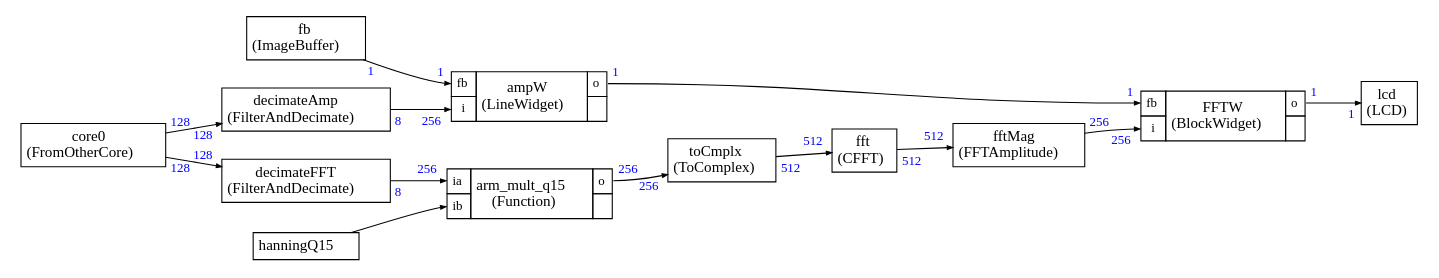
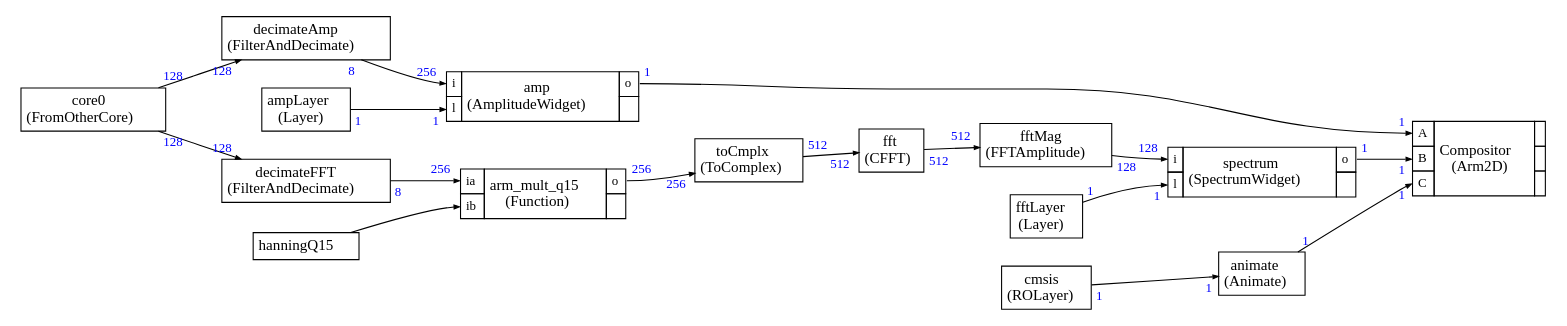
The diagram in Dot/pre_schedule_lcd_graph.dot (christophe0606/PicoMusic), drawn with Graphviz before and after one commit. The commit also changed 49 other files, not shown here.

```diff
--- a/Dot/pre_schedule_lcd_graph.dot
+++ b/Dot/pre_schedule_lcd_graph.dot
@@ -25,26 +25,19 @@
 </TABLE>>];
 
 
-ampW [label=<
+amp [label=<
 <TABLE color="black" bgcolor="none" BORDER="0" CELLBORDER="1" CELLSPACING="0" CELLPADDING="4">
   <TR>
-    <TD PORT="fb"><FONT POINT-SIZE="12.0" COLOR="black">fb</FONT></TD>
-    <TD ALIGN="CENTER" ROWSPAN="2"><FONT COLOR="black" POINT-SIZE="14.0">ampW<BR/>(LineWidget)</FONT></TD>
+    <TD PORT="i"><FONT POINT-SIZE="12.0" COLOR="black">i</FONT></TD>
+    <TD ALIGN="CENTER" ROWSPAN="2"><FONT COLOR="black" POINT-SIZE="14.0">amp<BR/>(AmplitudeWidget)</FONT></TD>
     <TD PORT="o"><FONT POINT-SIZE="12.0" COLOR="black">o</FONT></TD>
   </TR>
 <TR>
-<TD PORT="i"><FONT POINT-SIZE="12.0" COLOR="black">i</FONT></TD>
+<TD PORT="l"><FONT POINT-SIZE="12.0" COLOR="black">l</FONT></TD>
 
  
 <TD></TD></TR>
 
-</TABLE>>];
-
-fb [label=<
-<TABLE color="black" bgcolor="none" BORDER="0" CELLBORDER="1" CELLSPACING="0" CELLPADDING="4">
-  <TR>
-    <TD ALIGN="CENTER" PORT="i"><FONT COLOR="black" POINT-SIZE="14.0">fb<BR/>(ImageBuffer)</FONT></TD>
-  </TR>
 </TABLE>>];
 
 decimateFFT [label=<
@@ -92,26 +85,67 @@
 </TABLE>>];
 
 
-FFTW [label=<
+spectrum [label=<
 <TABLE color="black" bgcolor="none" BORDER="0" CELLBORDER="1" CELLSPACING="0" CELLPADDING="4">
   <TR>
-    <TD PORT="fb"><FONT POINT-SIZE="12.0" COLOR="black">fb</FONT></TD>
-    <TD ALIGN="CENTER" ROWSPAN="2"><FONT COLOR="black" POINT-SIZE="14.0">FFTW<BR/>(BlockWidget)</FONT></TD>
+    <TD PORT="i"><FONT POINT-SIZE="12.0" COLOR="black">i</FONT></TD>
+    <TD ALIGN="CENTER" ROWSPAN="2"><FONT COLOR="black" POINT-SIZE="14.0">spectrum<BR/>(SpectrumWidget)</FONT></TD>
     <TD PORT="o"><FONT POINT-SIZE="12.0" COLOR="black">o</FONT></TD>
   </TR>
 <TR>
-<TD PORT="i"><FONT POINT-SIZE="12.0" COLOR="black">i</FONT></TD>
+<TD PORT="l"><FONT POINT-SIZE="12.0" COLOR="black">l</FONT></TD>
 
  
 <TD></TD></TR>
 
 </TABLE>>];
 
-lcd [label=<
+ampLayer [label=<
 <TABLE color="black" bgcolor="none" BORDER="0" CELLBORDER="1" CELLSPACING="0" CELLPADDING="4">
   <TR>
-    <TD ALIGN="CENTER" PORT="i"><FONT COLOR="black" POINT-SIZE="14.0">lcd<BR/>(LCD)</FONT></TD>
+    <TD ALIGN="CENTER" PORT="i"><FONT COLOR="black" POINT-SIZE="14.0">ampLayer<BR/>(Layer)</FONT></TD>
   </TR>
+</TABLE>>];
+
+fftLayer [label=<
+<TABLE color="black" bgcolor="none" BORDER="0" CELLBORDER="1" CELLSPACING="0" CELLPADDING="4">
+  <TR>
+    <TD ALIGN="CENTER" PORT="i"><FONT COLOR="black" POINT-SIZE="14.0">fftLayer<BR/>(Layer)</FONT></TD>
+  </TR>
+</TABLE>>];
+
+cmsis [label=<
+<TABLE color="black" bgcolor="none" BORDER="0" CELLBORDER="1" CELLSPACING="0" CELLPADDING="4">
+  <TR>
+    <TD ALIGN="CENTER" PORT="i"><FONT COLOR="black" POINT-SIZE="14.0">cmsis<BR/>(ROLayer)</FONT></TD>
+  </TR>
+</TABLE>>];
+
+animate [label=<
+<TABLE color="black" bgcolor="none" BORDER="0" CELLBORDER="1" CELLSPACING="0" CELLPADDING="4">
+  <TR>
+    <TD ALIGN="CENTER" PORT="i"><FONT COLOR="black" POINT-SIZE="14.0">animate<BR/>(Animate)</FONT></TD>
+  </TR>
+</TABLE>>];
+
+
+Compositor [label=<
+<TABLE color="black" bgcolor="none" BORDER="0" CELLBORDER="1" CELLSPACING="0" CELLPADDING="4">
+  <TR>
+    <TD PORT="A"><FONT POINT-SIZE="12.0" COLOR="black">A</FONT></TD>
+    <TD ALIGN="CENTER" ROWSPAN="3"><FONT COLOR="black" POINT-SIZE="14.0">Compositor<BR/>(Arm2D)</FONT></TD>
+    <TD></TD>
+  </TR>
+<TR>
+<TD PORT="B"><FONT POINT-SIZE="12.0" COLOR="black">B</FONT></TD>
+
+ 
+<TD></TD></TR><TR>
+<TD PORT="C"><FONT POINT-SIZE="12.0" COLOR="black">C</FONT></TD>
+
+ 
+<TD></TD></TR>
+
 </TABLE>>];
 
 
@@ -122,16 +156,10 @@
 ,taillabel=<<TABLE BORDER="0" CELLPADDING="2"><TR><TD><FONT COLOR="blue" POINT-SIZE="12.0" >128</FONT>
 </TD></TR></TABLE>>]
 
-decimateAmp:i -> ampW:i [style="solid",color="black",label=""
+decimateAmp:i -> amp:i [style="solid",color="black",label=""
 ,headlabel=<<TABLE BORDER="0" CELLPADDING="2"><TR><TD><FONT COLOR="blue" POINT-SIZE="12.0" >256</FONT>
 </TD></TR></TABLE>>
 ,taillabel=<<TABLE BORDER="0" CELLPADDING="2"><TR><TD><FONT COLOR="blue" POINT-SIZE="12.0" >8</FONT>
-</TD></TR></TABLE>>]
-
-fb:i -> ampW:fb [style="solid",color="black",label=""
-,headlabel=<<TABLE BORDER="0" CELLPADDING="2"><TR><TD><FONT COLOR="blue" POINT-SIZE="12.0" >1</FONT>
-</TD></TR></TABLE>>
-,taillabel=<<TABLE BORDER="0" CELLPADDING="2"><TR><TD><FONT COLOR="blue" POINT-SIZE="12.0" >1</FONT>
 </TD></TR></TABLE>>]
 
 core0:i -> decimateFFT:i [style="solid",color="black",label=""
@@ -164,19 +192,43 @@
 ,taillabel=<<TABLE BORDER="0" CELLPADDING="2"><TR><TD><FONT COLOR="blue" POINT-SIZE="12.0" >512</FONT>
 </TD></TR></TABLE>>]
 
-fftMag:i -> FFTW:i [style="solid",color="black",label=""
-,headlabel=<<TABLE BORDER="0" CELLPADDING="2"><TR><TD><FONT COLOR="blue" POINT-SIZE="12.0" >256</FONT>
+fftMag:i -> spectrum:i [style="solid",color="black",label=""
+,headlabel=<<TABLE BORDER="0" CELLPADDING="2"><TR><TD><FONT COLOR="blue" POINT-SIZE="12.0" >128</FONT>
 </TD></TR></TABLE>>
-,taillabel=<<TABLE BORDER="0" CELLPADDING="2"><TR><TD><FONT COLOR="blue" POINT-SIZE="12.0" >256</FONT>
+,taillabel=<<TABLE BORDER="0" CELLPADDING="2"><TR><TD><FONT COLOR="blue" POINT-SIZE="12.0" >128</FONT>
 </TD></TR></TABLE>>]
 
-ampW:o -> FFTW:fb [style="solid",color="black",label=""
+ampLayer:i -> amp:l [style="solid",color="black",label=""
 ,headlabel=<<TABLE BORDER="0" CELLPADDING="2"><TR><TD><FONT COLOR="blue" POINT-SIZE="12.0" >1</FONT>
 </TD></TR></TABLE>>
 ,taillabel=<<TABLE BORDER="0" CELLPADDING="2"><TR><TD><FONT COLOR="blue" POINT-SIZE="12.0" >1</FONT>
 </TD></TR></TABLE>>]
 
-FFTW:o -> lcd:i [style="solid",color="black",label=""
+fftLayer:i -> spectrum:l [style="solid",color="black",label=""
+,headlabel=<<TABLE BORDER="0" CELLPADDING="2"><TR><TD><FONT COLOR="blue" POINT-SIZE="12.0" >1</FONT>
+</TD></TR></TABLE>>
+,taillabel=<<TABLE BORDER="0" CELLPADDING="2"><TR><TD><FONT COLOR="blue" POINT-SIZE="12.0" >1</FONT>
+</TD></TR></TABLE>>]
+
+cmsis:i -> animate:i [style="solid",color="black",label=""
+,headlabel=<<TABLE BORDER="0" CELLPADDING="2"><TR><TD><FONT COLOR="blue" POINT-SIZE="12.0" >1</FONT>
+</TD></TR></TABLE>>
+,taillabel=<<TABLE BORDER="0" CELLPADDING="2"><TR><TD><FONT COLOR="blue" POINT-SIZE="12.0" >1</FONT>
+</TD></TR></TABLE>>]
+
+amp:o -> Compositor:A [style="solid",color="black",label=""
+,headlabel=<<TABLE BORDER="0" CELLPADDING="2"><TR><TD><FONT COLOR="blue" POINT-SIZE="12.0" >1</FONT>
+</TD></TR></TABLE>>
+,taillabel=<<TABLE BORDER="0" CELLPADDING="2"><TR><TD><FONT COLOR="blue" POINT-SIZE="12.0" >1</FONT>
+</TD></TR></TABLE>>]
+
+spectrum:o -> Compositor:B [style="solid",color="black",label=""
+,headlabel=<<TABLE BORDER="0" CELLPADDING="2"><TR><TD><FONT COLOR="blue" POINT-SIZE="12.0" >1</FONT>
+</TD></TR></TABLE>>
+,taillabel=<<TABLE BORDER="0" CELLPADDING="2"><TR><TD><FONT COLOR="blue" POINT-SIZE="12.0" >1</FONT>
+</TD></TR></TABLE>>]
+
+animate:i -> Compositor:C [style="solid",color="black",label=""
 ,headlabel=<<TABLE BORDER="0" CELLPADDING="2"><TR><TD><FONT COLOR="blue" POINT-SIZE="12.0" >1</FONT>
 </TD></TR></TABLE>>
 ,taillabel=<<TABLE BORDER="0" CELLPADDING="2"><TR><TD><FONT COLOR="blue" POINT-SIZE="12.0" >1</FONT>
```
